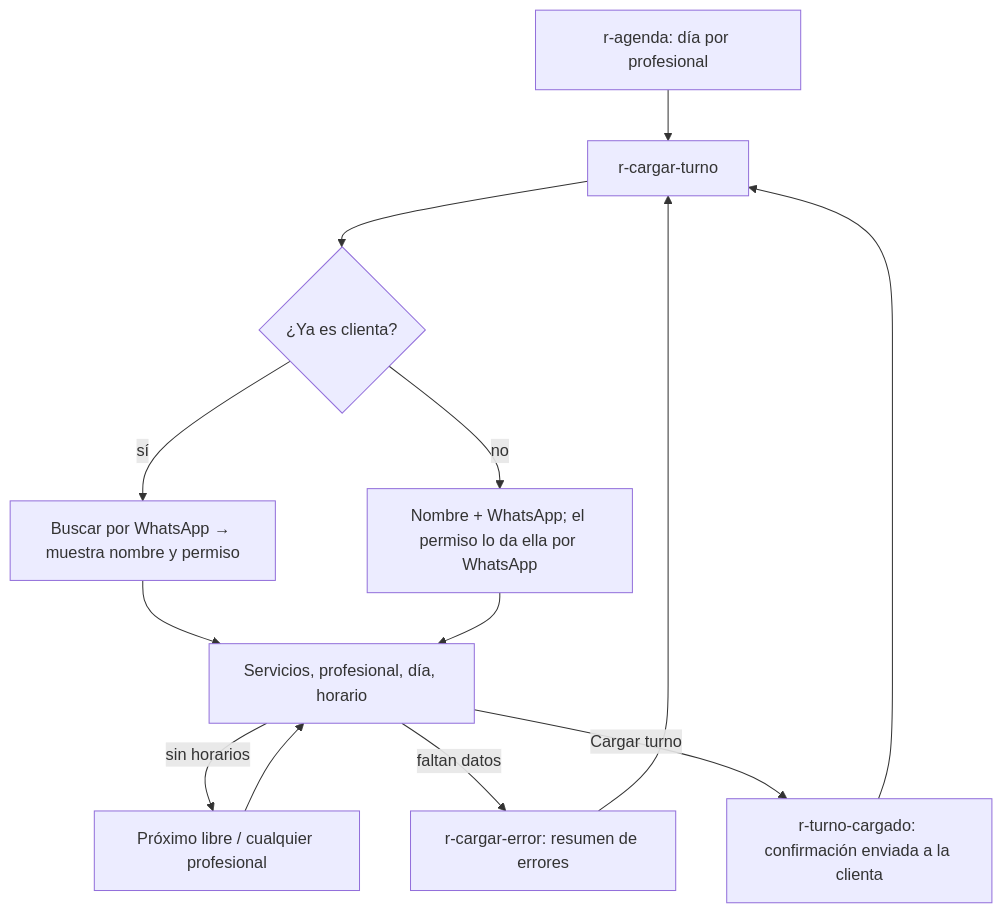
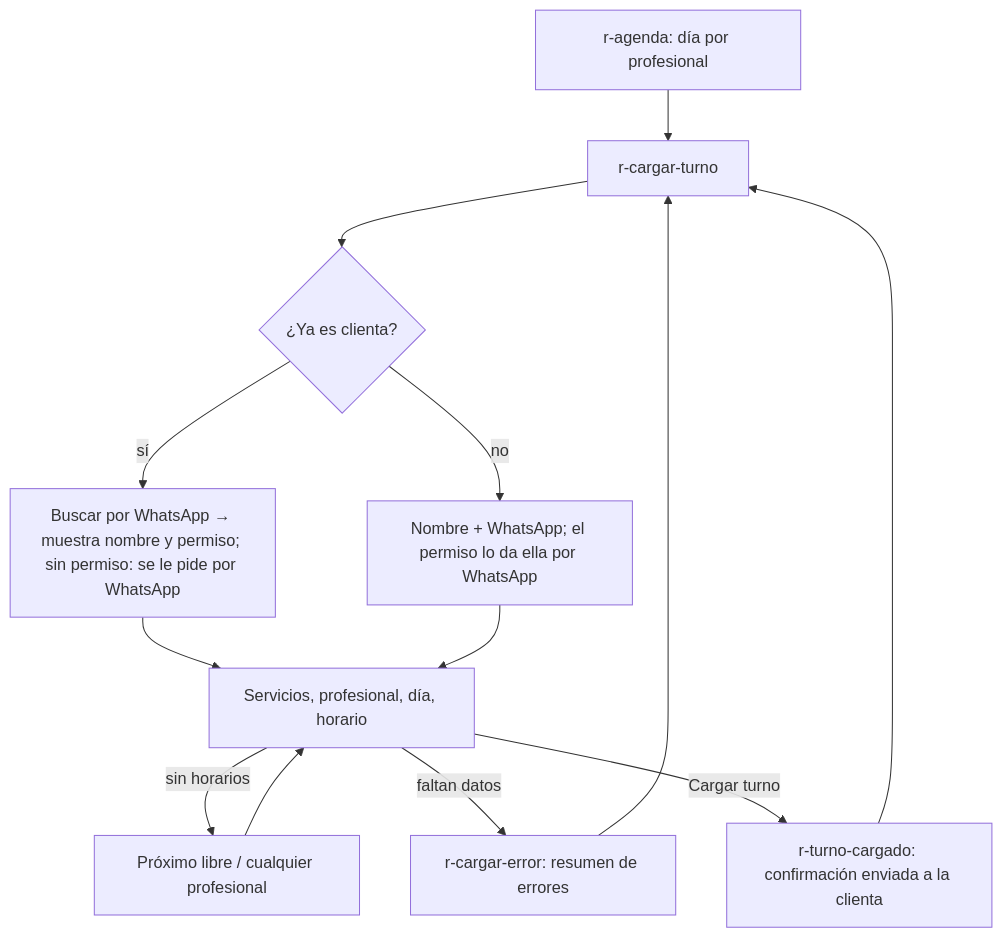
The seventh of 8 diagrams in initiatives/spa-reservas-mvp/flows.md (gm2dev/coop-agents-design), drawn with Mermaid before and after one commit. The commit also changed other lines of this file and 44 other files, not shown here.

````diff
--- a/initiatives/spa-reservas-mvp/flows.md
+++ b/initiatives/spa-reservas-mvp/flows.md
@@ -98,13 +103,13 @@
 ```mermaid
 flowchart TD
   A[r-agenda: día por profesional] --> F[r-cargar-turno]
   F --> Q{¿Ya es clienta?}
-  Q -->|sí| T[Buscar por WhatsApp → muestra nombre y permiso]
+  Q -->|sí| T[Buscar por WhatsApp → muestra nombre y permiso; sin permiso: se le pide por WhatsApp]
   Q -->|no| N[Nombre + WhatsApp; el permiso lo da ella por WhatsApp]
   T --> S[Servicios, profesional, día, horario]
   N --> S
   S -->|sin horarios| S1[Próximo libre / cualquier profesional] --> S
   S -->|faltan datos| E[r-cargar-error: resumen de errores] --> F
   S -->|Cargar turno| OK[r-turno-cargado: confirmación enviada a la clienta]
   OK --> F
 ```
````
